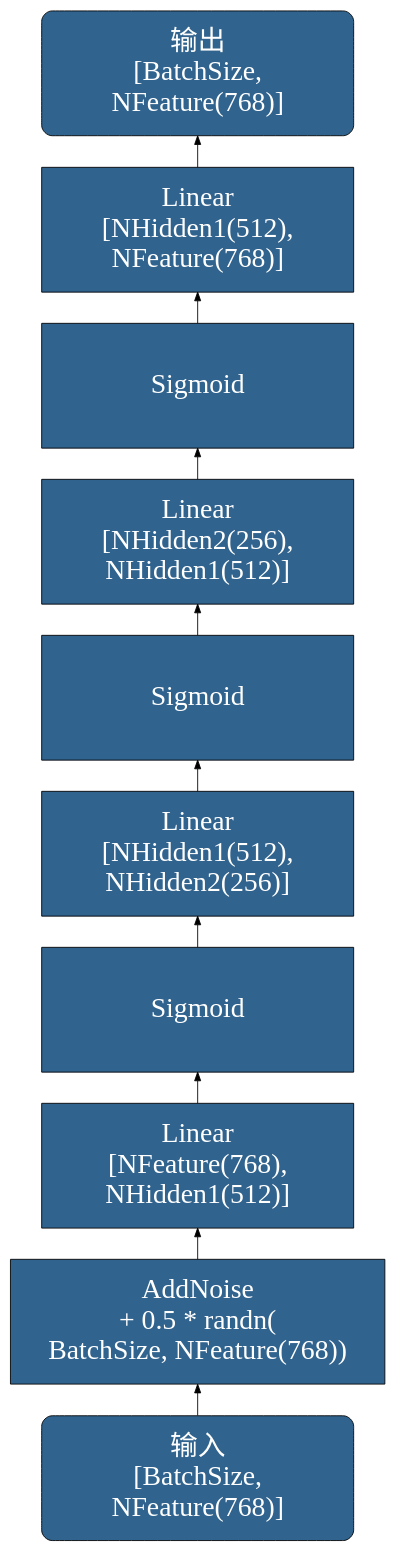
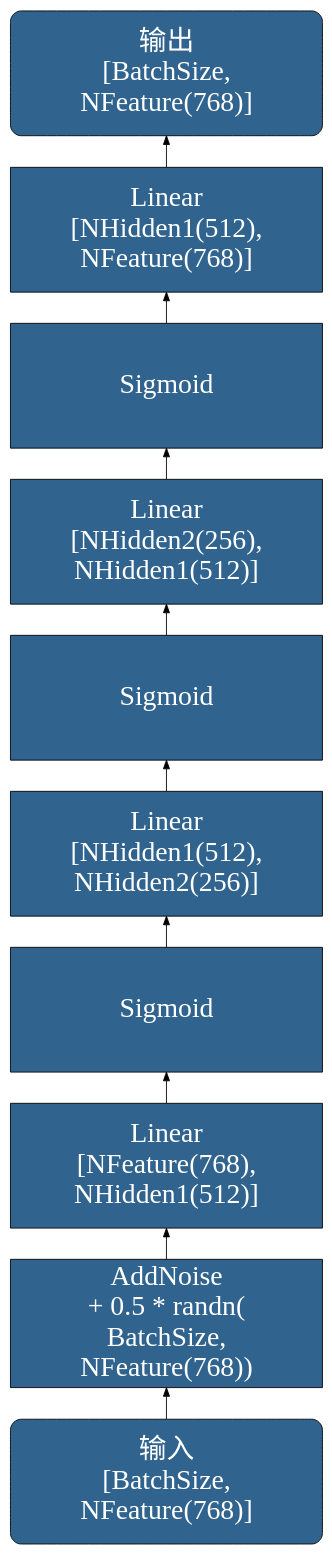
One commit to OpenDocCN/python-code-anls changed the diagram in docs/basic_dl_arch/4_2_dae.dot. Above: the diagram before and after it, drawn with Graphviz. The commit also changed 3 other files, not shown here.

```diff
--- a/docs/basic_dl_arch/4_2_dae.dot
+++ b/docs/basic_dl_arch/4_2_dae.dot
@@ -1,28 +1,28 @@
 digraph DenoiseAutoEncoder {
 	rankdir=BT
     node [
 		style=filled, 
 		color=Black
 		fontcolor=White, 
 		fillcolor="#30638e", 
 		fontname="SimHei",
 		fontsize=32,
 		width=5, height=2,
 		shape="box",
 	]
 	
 	
 	inp       [label="输入\n[BatchSize,\n NFeature(768)]", shape="Mrecord"]
-	noise     [label="AddNoise\n+ 0.5 * randn(\nBatchSize, NFeature(768))", width=6]
+	noise     [label="AddNoise\n+ 0.5 * randn(\nBatchSize,\n NFeature(768))"]
 	ll1       [label="Linear\n[NFeature(768),\n NHidden1(512)]"]
     σ1        [label="Sigmoid"]
     ll2       [label="Linear\n[NHidden1(512),\n NHidden2(256)]"]
     σ2        [label="Sigmoid"]
     ll3       [label="Linear\n[NHidden2(256),\n NHidden1(512)]"]
     σ3        [label="Sigmoid"]
     ll4       [label="Linear\n[NHidden1(512),\n NFeature(768)]"]
 	oup       [label="输出\n[BatchSize,\n NFeature(768)]", shape="Mrecord"]
 	
 	inp -> noise ->  ll1 -> σ1 -> ll2 -> σ2
         -> ll3 -> σ3 -> ll4 -> oup
 }
```
